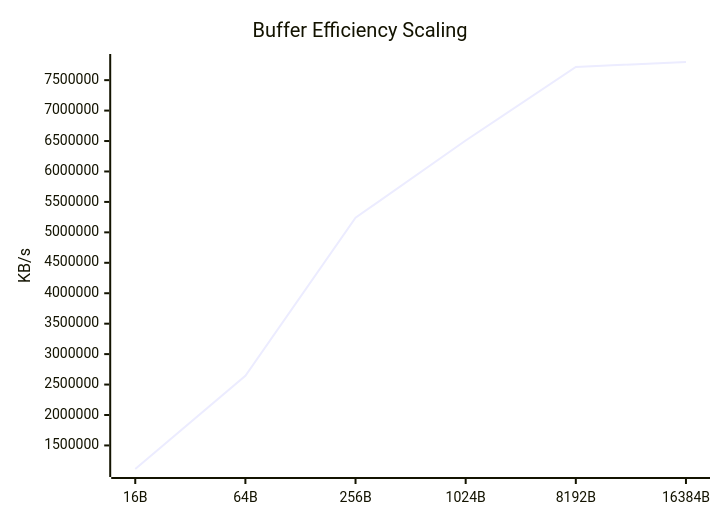
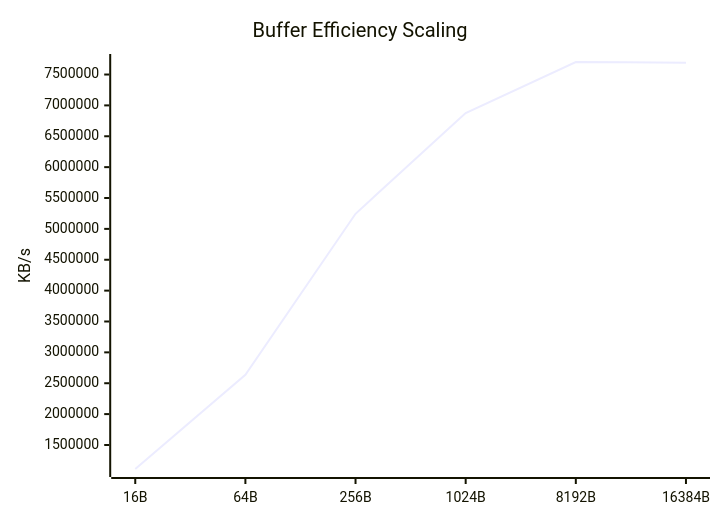
Before and after one commit to taha2samy/openssl_fips: the eighth of 9 diagrams in docs/Comparison_Report.md, drawn with Mermaid. The commit also changed other lines of this file and 3 other files, not shown here.

````diff
--- a/docs/Comparison_Report.md
+++ b/docs/Comparison_Report.md
@@ -118,7 +118,7 @@
 ```mermaid
 xychart-beta
     title "Buffer Efficiency Scaling"
     x-axis [16B, 64B, 256B, 1024B, 8192B, 16384B]
     y-axis "KB/s"
-    line [1113007.14, 2643069.47, 5240506.75, 6508294.66, 7716708.35, 7798145.02]
+    line [1110905.26, 2636311.33, 5244247.55, 6876996.1, 7702847.49, 7691059.2]
 ```
````
